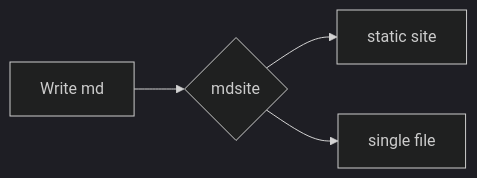
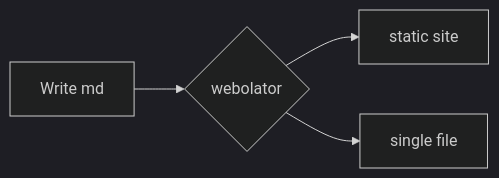
Before and after one commit to vivainio/webolator: the diagram in examples/demo/README.md, drawn with Mermaid (dark theme). The commit also changed 5 other files, not shown here.

````diff
--- a/examples/demo/README.md
+++ b/examples/demo/README.md
@@ -12,6 +12,6 @@
 ```mermaid
 graph LR
-  A[Write md] --> B{mdsite}
+  A[Write md] --> B{webolator}
   B --> C[static site]
   B --> D[single file]
 ```
````
